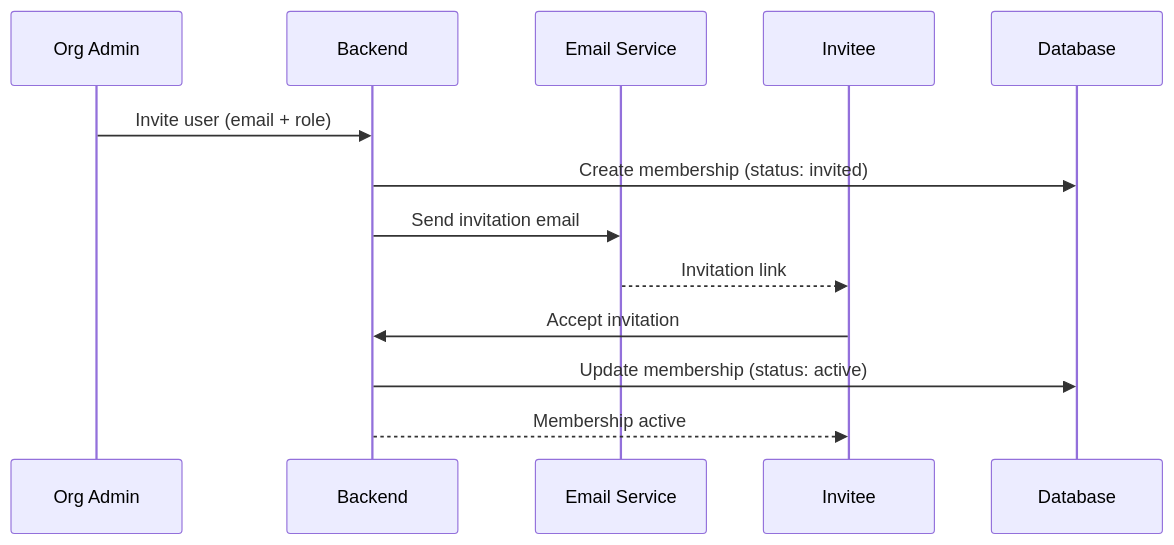
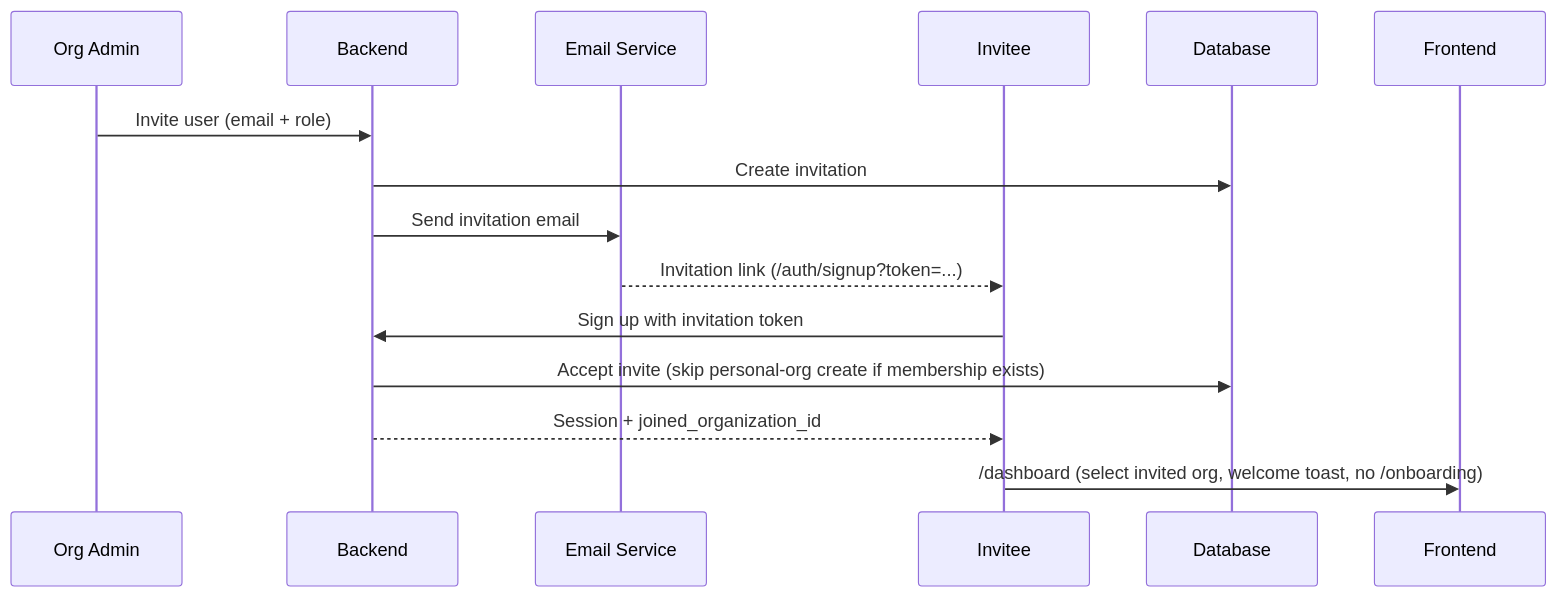
The tenth of 10 diagrams in docs/02_features/authentication_rbac/overview.md (gauravdhiman/a1-voice-agent-platform), drawn with Mermaid before and after one commit. The commit also changed other lines of this file and 35 other files, not shown here.

First line of the commit message:
fix(auth): route invitees to dashboard and drop dummy-org concept

````diff
--- a/docs/02_features/authentication_rbac/overview.md
+++ b/docs/02_features/authentication_rbac/overview.md
@@ -447,16 +453,18 @@
 ```mermaid
 sequenceDiagram
     participant Admin as Org Admin
     participant BE as Backend
     participant Email as Email Service
     participant Invitee as Invitee
     participant DB as Database
+    participant FE as Frontend
 
     Admin->>BE: Invite user (email + role)
-    BE->>DB: Create membership (status: invited)
+    BE->>DB: Create invitation
     BE->>Email: Send invitation email
-    Email-->>Invitee: Invitation link
-    Invitee->>BE: Accept invitation
-    BE->>DB: Update membership (status: active)
-    BE-->>Invitee: Membership active
+    Email-->>Invitee: Invitation link (/auth/signup?token=...)
+    Invitee->>BE: Sign up with invitation token
+    BE->>DB: Accept invite (skip personal-org create if membership exists)
+    BE-->>Invitee: Session + joined_organization_id
+    Invitee->>FE: /dashboard (select invited org, welcome toast, no /onboarding)
 ```
````
